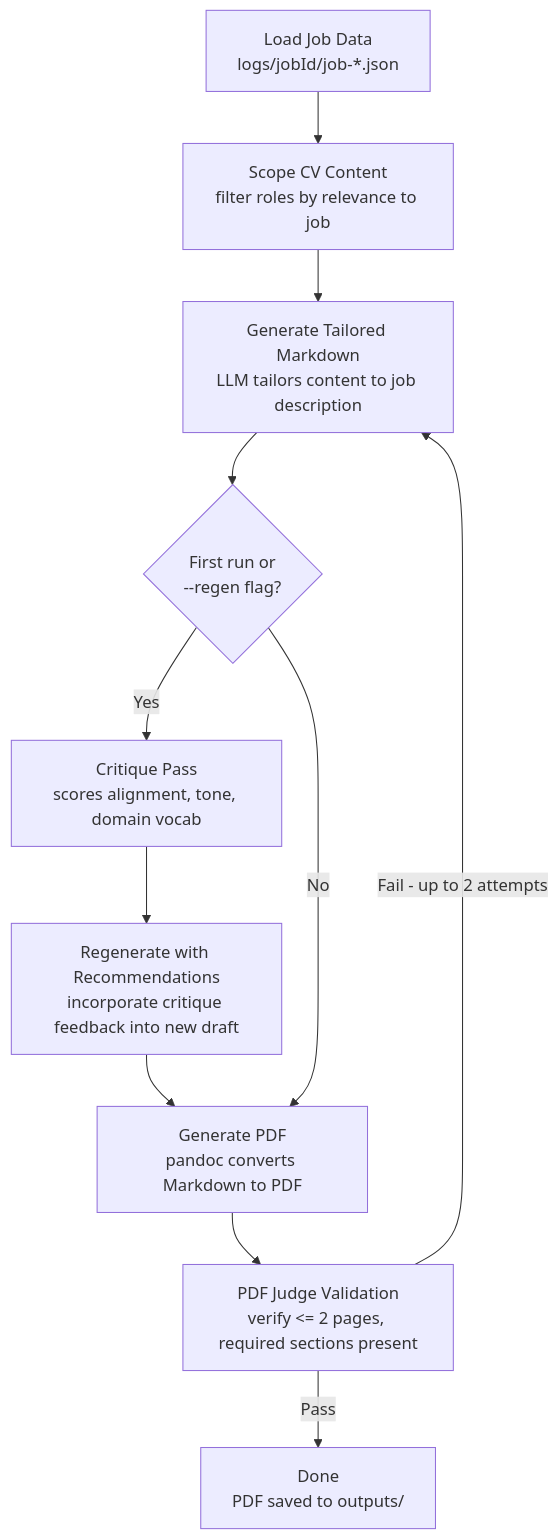
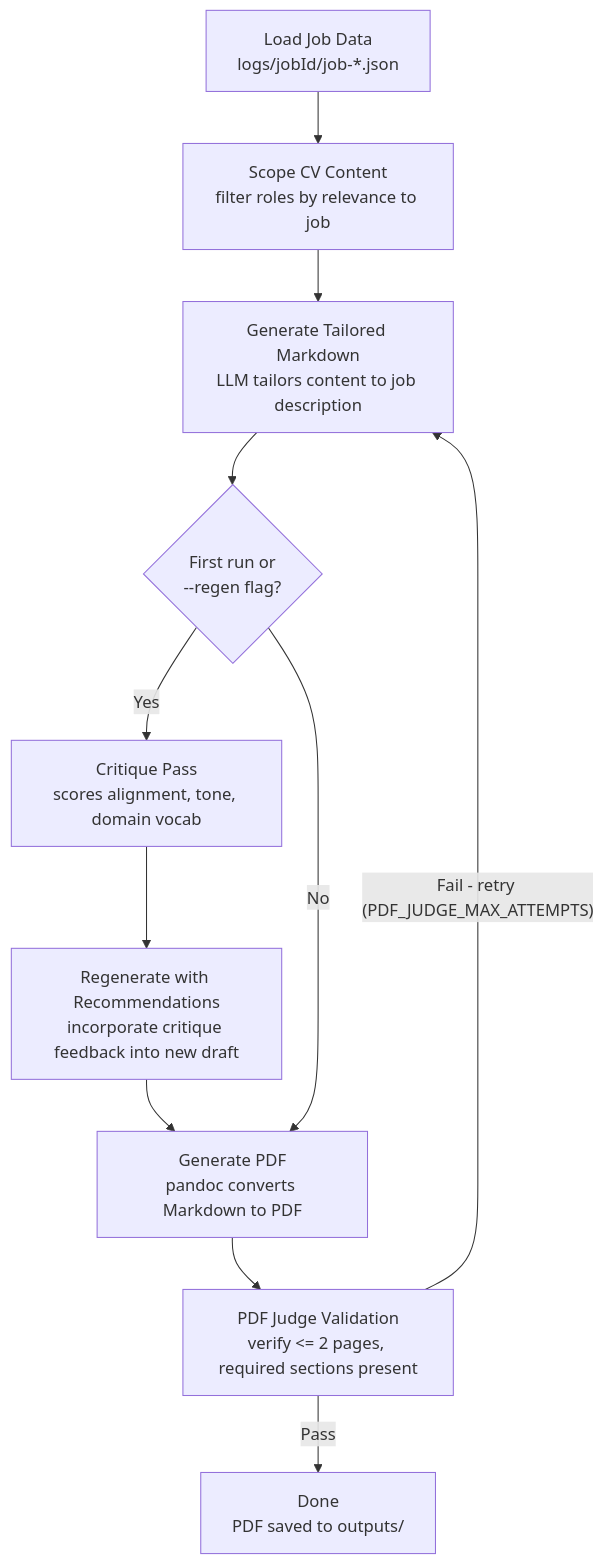
The second of 3 diagrams in README.md (inkredabull/career-catalyst), drawn with Mermaid before and after one commit. The commit also changed other lines of this file and 1 other file, not shown here.

Commit message:
docs: update hardcoded attempt counts to reference PDF_JUDGE_MAX_ATTEMPTS env var

````diff
--- a/README.md
+++ b/README.md
@@ -1508,13 +1508,13 @@
 ```mermaid
 flowchart TD
     A["Load Job Data<br/>logs/jobId/job-*.json"] --> B["Scope CV Content<br/>filter roles by relevance to job"]
     B --> C["Generate Tailored Markdown<br/>LLM tailors content to job description"]
     C --> D{"First run or<br/>--regen flag?"}
     D -->|Yes| E["Critique Pass<br/>scores alignment, tone, domain vocab"]
     E --> F["Regenerate with Recommendations<br/>incorporate critique feedback into new draft"]
     F --> G["Generate PDF<br/>pandoc converts Markdown to PDF"]
     D -->|No| G
     G --> H["PDF Judge Validation<br/>verify &lt;= 2 pages, required sections present"]
-    H -->|"Fail - up to 2 attempts"| C
+    H -->|"Fail - retry (PDF_JUDGE_MAX_ATTEMPTS)"| C
     H -->|Pass| I["Done<br/>PDF saved to outputs/"]
 ```
````
